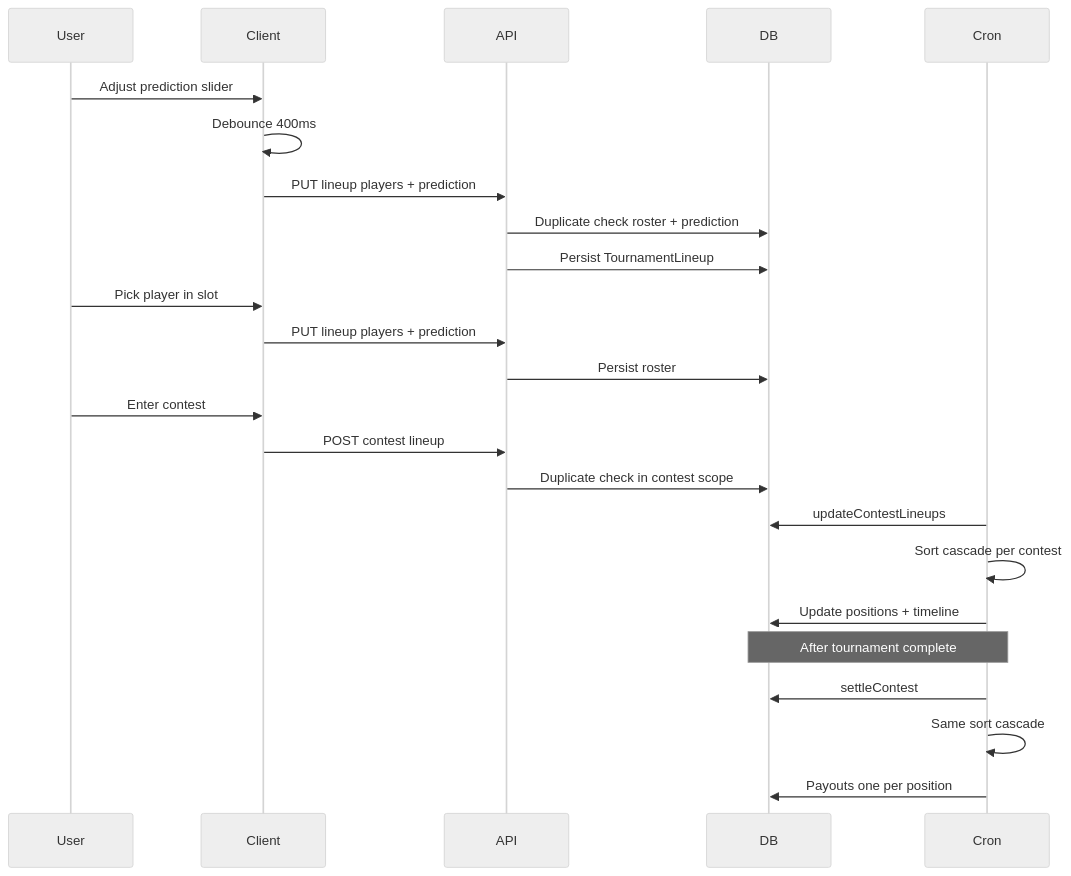
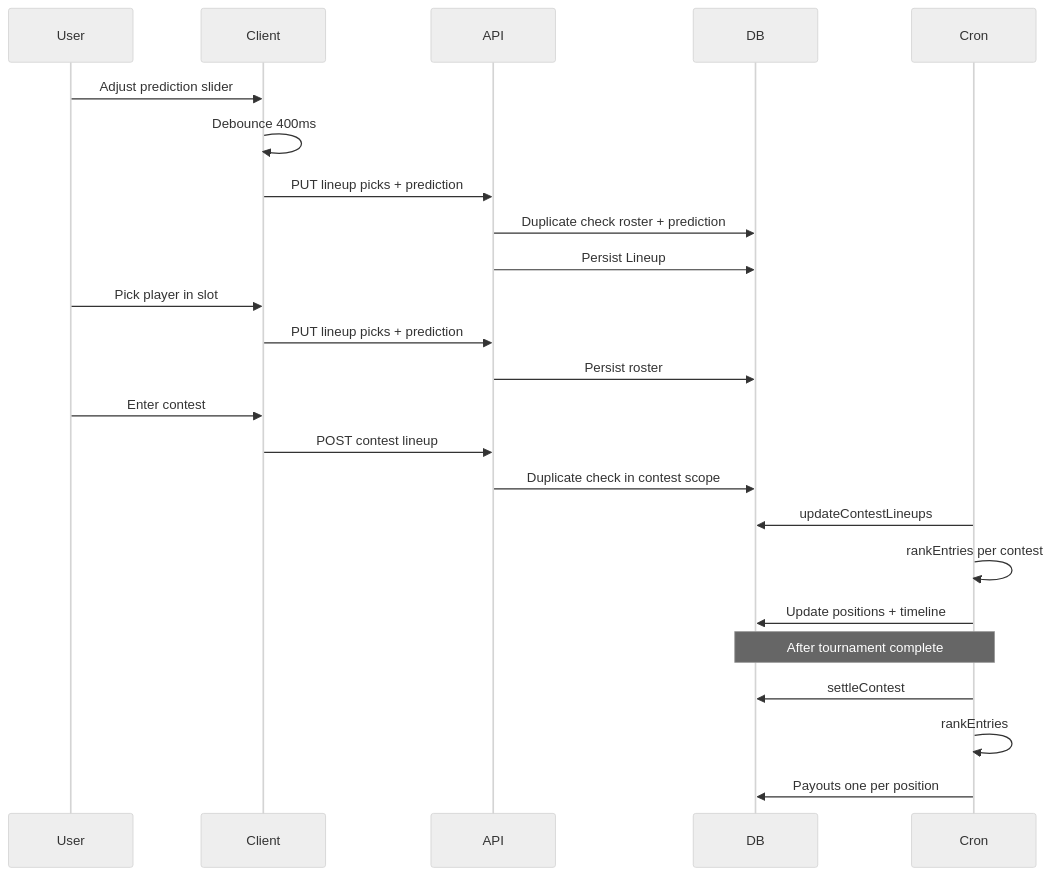
The second of 2 diagrams in docs/lineup-tie-breaker.md (MagRelo/cut), drawn with Mermaid (neutral theme) before and after one commit. The commit also changed other lines of this file and 6 other files, not shown here.

First line of the commit message:
Update platform architecture and documentation for lineup and prediction components

````diff
--- a/docs/lineup-tie-breaker.md
+++ b/docs/lineup-tie-breaker.md
@@ -190,31 +191,31 @@
 ```mermaid
 sequenceDiagram
   participant User
   participant Client
   participant API
   participant DB
   participant Cron
 
   User->>Client: Adjust prediction slider
   Client->>Client: Debounce 400ms
-  Client->>API: PUT lineup players + prediction
+  Client->>API: PUT lineup picks + prediction
   API->>DB: Duplicate check roster + prediction
-  API->>DB: Persist TournamentLineup
+  API->>DB: Persist Lineup
 
   User->>Client: Pick player in slot
-  Client->>API: PUT lineup players + prediction
+  Client->>API: PUT lineup picks + prediction
   API->>DB: Persist roster
 
   User->>Client: Enter contest
   Client->>API: POST contest lineup
   API->>DB: Duplicate check in contest scope
 
   Cron->>DB: updateContestLineups
-  Cron->>Cron: Sort cascade per contest
+  Cron->>Cron: rankEntries per contest
   Cron->>DB: Update positions + timeline
 
   Note over Cron,DB: After tournament complete
   Cron->>DB: settleContest
-  Cron->>Cron: Same sort cascade
+  Cron->>Cron: rankEntries
   Cron->>DB: Payouts one per position
 ```
````
